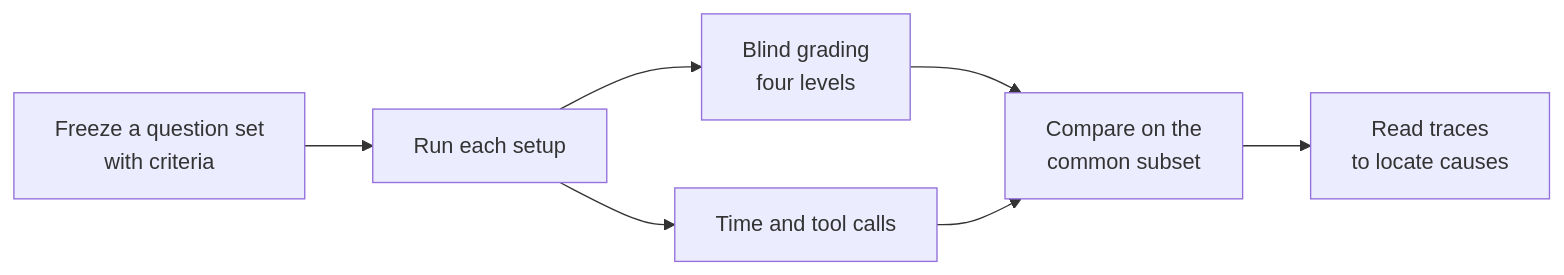
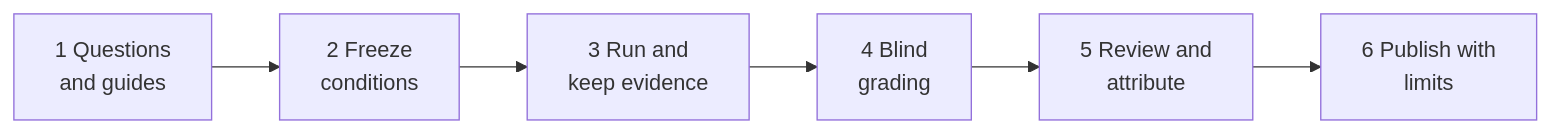
One commit to context4ai/portal changed the diagram in knowledge/sop/practices/evaluating-your-knowledge-base.md. Above: the diagram before and after it, drawn with Mermaid. The commit also changed other lines of this file and 16 other files, not shown here.

````diff
--- a/knowledge/sop/practices/evaluating-your-knowledge-base.md
+++ b/knowledge/sop/practices/evaluating-your-knowledge-base.md
@@ -14,9 +17,8 @@
 ```mermaid
 flowchart LR
-  set["Freeze a question set<br/>with criteria"] --> run["Run each setup"]
-  run --> grade["Blind grading<br/>four levels"]
-  run --> time["Time and tool calls"]
-  grade --> compare["Compare on the<br/>common subset"]
-  time --> compare
-  compare --> trace["Read traces<br/>to locate causes"]
+  set["1 Questions<br/>and guides"] --> freeze["2 Freeze<br/>conditions"]
+  freeze --> run["3 Run and<br/>keep evidence"]
+  run --> grade["4 Blind<br/>grading"]
+  grade --> review["5 Review and<br/>attribute"]
+  review --> report["6 Publish with<br/>limits"]
 ```
````
